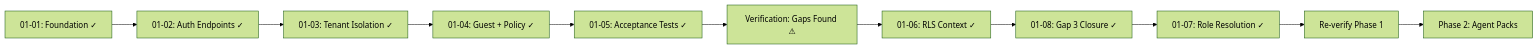
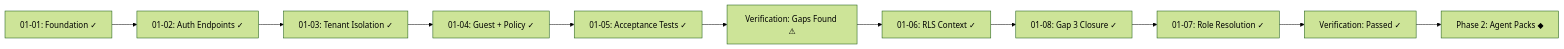
Before and after one commit to hungphongtrn/minerva: the diagram in .planning/STATE.md, drawn with Mermaid (forest theme). The commit also changed other lines of this file and 3 other files, not shown here.

````diff
--- a/.planning/STATE.md
+++ b/.planning/STATE.md
@@ -18,13 +18,13 @@
 ```mermaid
 flowchart LR
   S1[01-01: Foundation ✓] --> S2[01-02: Auth Endpoints ✓]
   S2 --> S3[01-03: Tenant Isolation ✓]
   S3 --> S4[01-04: Guest + Policy ✓]
   S4 --> S5[01-05: Acceptance Tests ✓]
   S5 --> S6[Verification: Gaps Found ⚠]
   S6 --> S7[01-06: RLS Context ✓]
   S7 --> S8[01-08: Gap 3 Closure ✓]
   S8 --> S9[01-07: Role Resolution ✓]
-  S9 --> S10[Re-verify Phase 1]
-  S10 --> S11[Phase 2: Agent Packs]
+  S9 --> S10[Verification: Passed ✓]
+  S10 --> S11[Phase 2: Agent Packs ◆]
 ```
````
